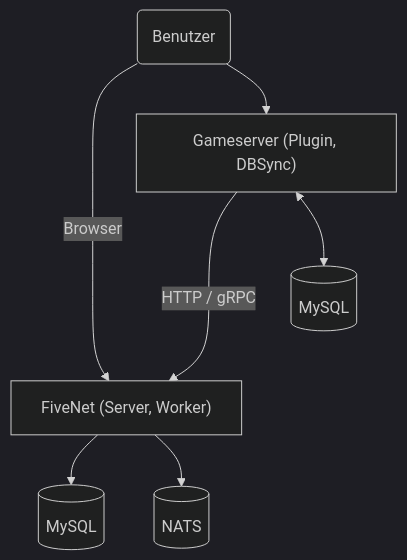
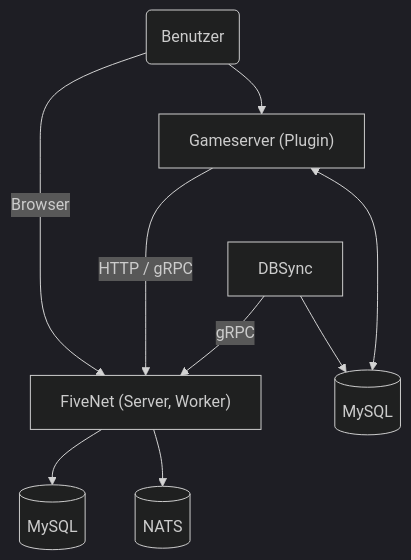
The first of 2 diagrams in content/de/1.getting-started/3.components.md (fivenet-app/fivenet-app.github.io), drawn with Mermaid before and after one commit. The commit also changed 1 other file, not shown here.

Commit message:
fix: simplified architecture diagram

````diff
--- a/content/de/1.getting-started/3.components.md
+++ b/content/de/1.getting-started/3.components.md
@@ -10,19 +10,21 @@
 ```mermaid
 ---
 config:
   theme: dark
 ---
 flowchart TD
     User("Benutzer") -->|Browser| FiveNet
     User --> Gameserver
     Gameserver --->|HTTP / gRPC| FiveNet
 
     FiveNet --> MySQL
     FiveNet --> NATS
 
     FiveNet["FiveNet (Server, Worker)"]
-    Gameserver["Gameserver (Plugin, DBSync)"]
+    Gameserver["Gameserver (Plugin)"]
+    DBSync -->|gRPC| FiveNet
+    DBSync --> MySQL2
     Gameserver <--> MySQL2[(MySQL)]
     MySQL[(MySQL)]
     NATS[(NATS)]
 ```
````
